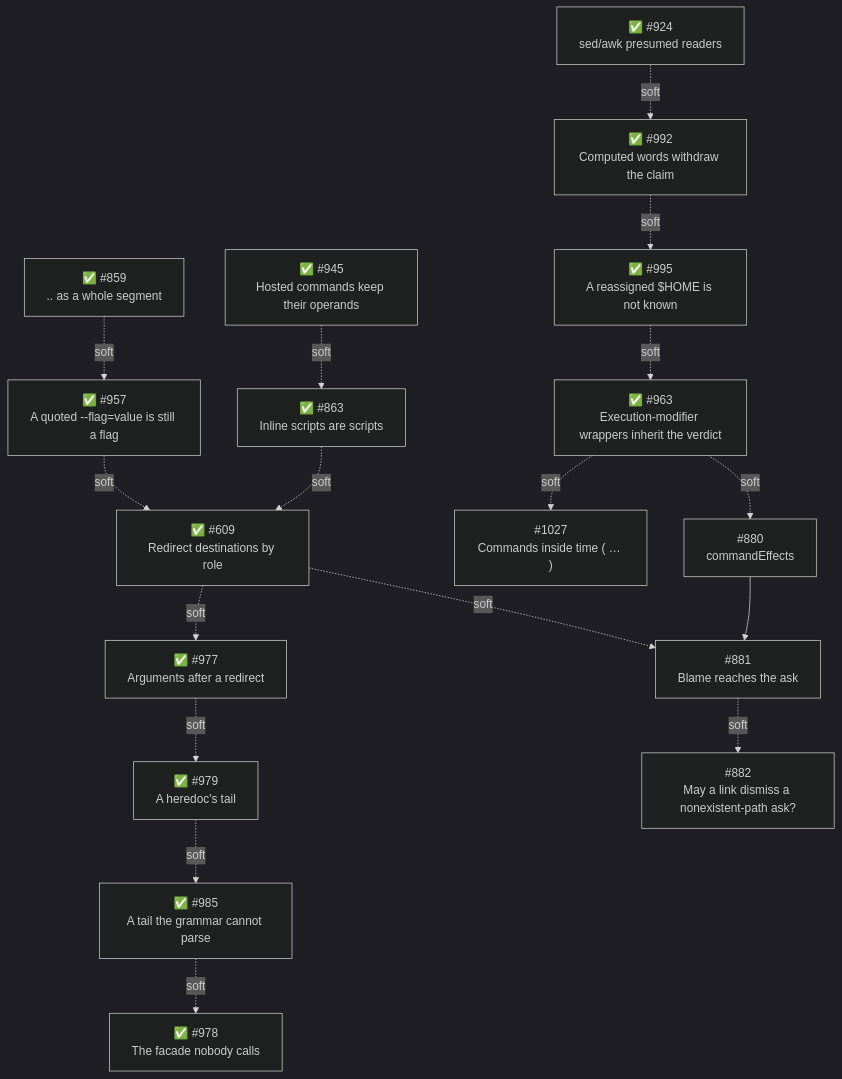
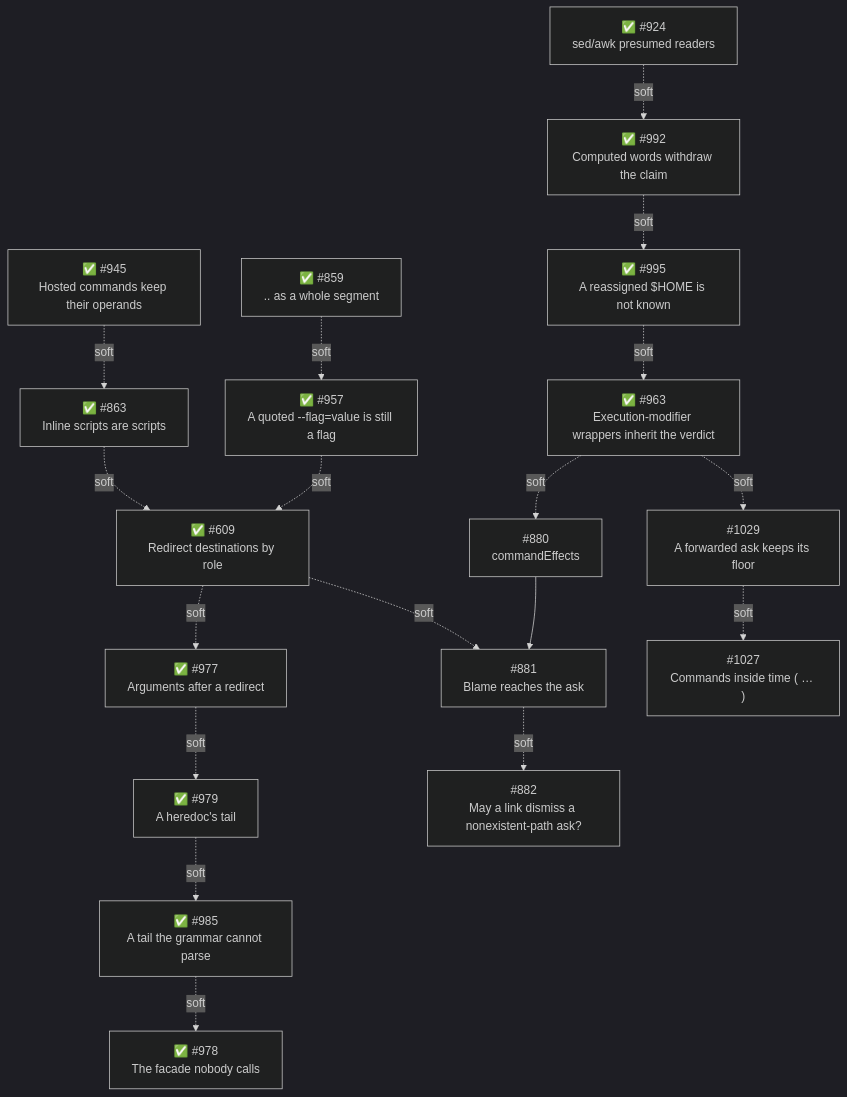
The fourth of 4 diagrams in packages/pi-permission-system/docs/architecture/architecture.md (44madfire/pi-packages), drawn with Mermaid (dark theme) before and after one commit. The commit also changed other lines of this file, not shown here.

````diff
--- a/packages/pi-permission-system/docs/architecture/architecture.md
+++ b/packages/pi-permission-system/docs/architecture/architecture.md
@@ -1705,19 +1721,20 @@
 ```mermaid
 flowchart TD
     S945["✅ #945<br/>Hosted commands keep their operands"] -.soft.-> S863["✅ #863<br/>Inline scripts are scripts"]
     S863 -.soft.-> S609["✅ #609<br/>Redirect destinations by role"]
     S859["✅ #859<br/>.. as a whole segment"] -.soft.-> S957["✅ #957<br/>A quoted --flag=value is still a flag"]
     S957 -.soft.-> S609
     S924["✅ #924<br/>sed/awk presumed readers"] -.soft.-> S992["✅ #992<br/>Computed words withdraw the claim"]
     S992 -.soft.-> S995["✅ #995<br/>A reassigned $HOME is not known"]
     S995 -.soft.-> S963["✅ #963<br/>Execution-modifier wrappers inherit the verdict"]
-    S963 -.soft.-> S1027["#1027<br/>Commands inside time ( … )"]
+    S963 -.soft.-> S1029["#1029<br/>A forwarded ask keeps its floor"]
+    S1029 -.soft.-> S1027["#1027<br/>Commands inside time ( … )"]
     S963 -.soft.-> S880["#880<br/>commandEffects"]
     S880 --> S881["#881<br/>Blame reaches the ask"]
     S609 -.soft.-> S881
     S609 -.soft.-> S977["✅ #977<br/>Arguments after a redirect"]
     S977 -.soft.-> S979["✅ #979<br/>A heredoc's tail"]
     S979 -.soft.-> S985["✅ #985<br/>A tail the grammar cannot parse"]
     S985 -.soft.-> S978["✅ #978<br/>The facade nobody calls"]
     S881 -.soft.-> S882["#882<br/>May a link dismiss a nonexistent-path ask?"]
 ```
````
